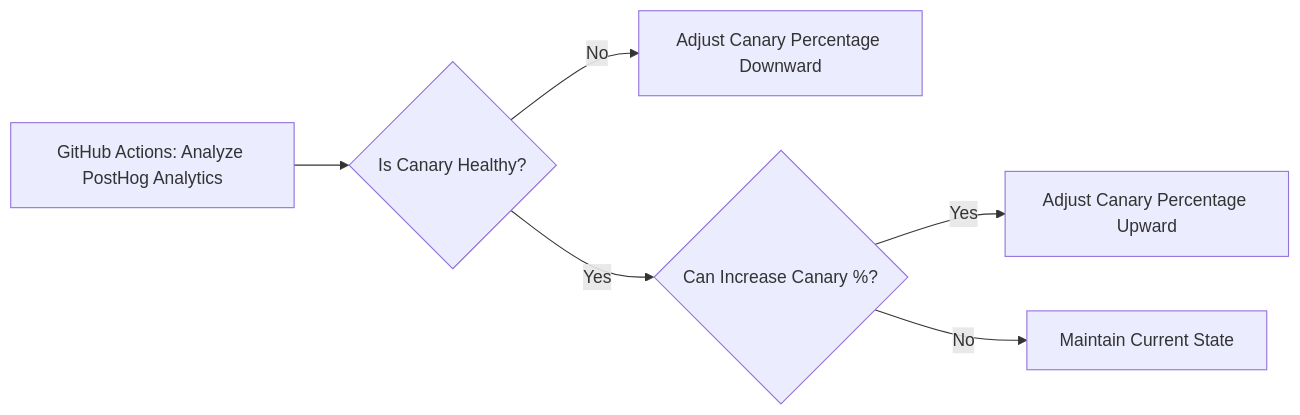
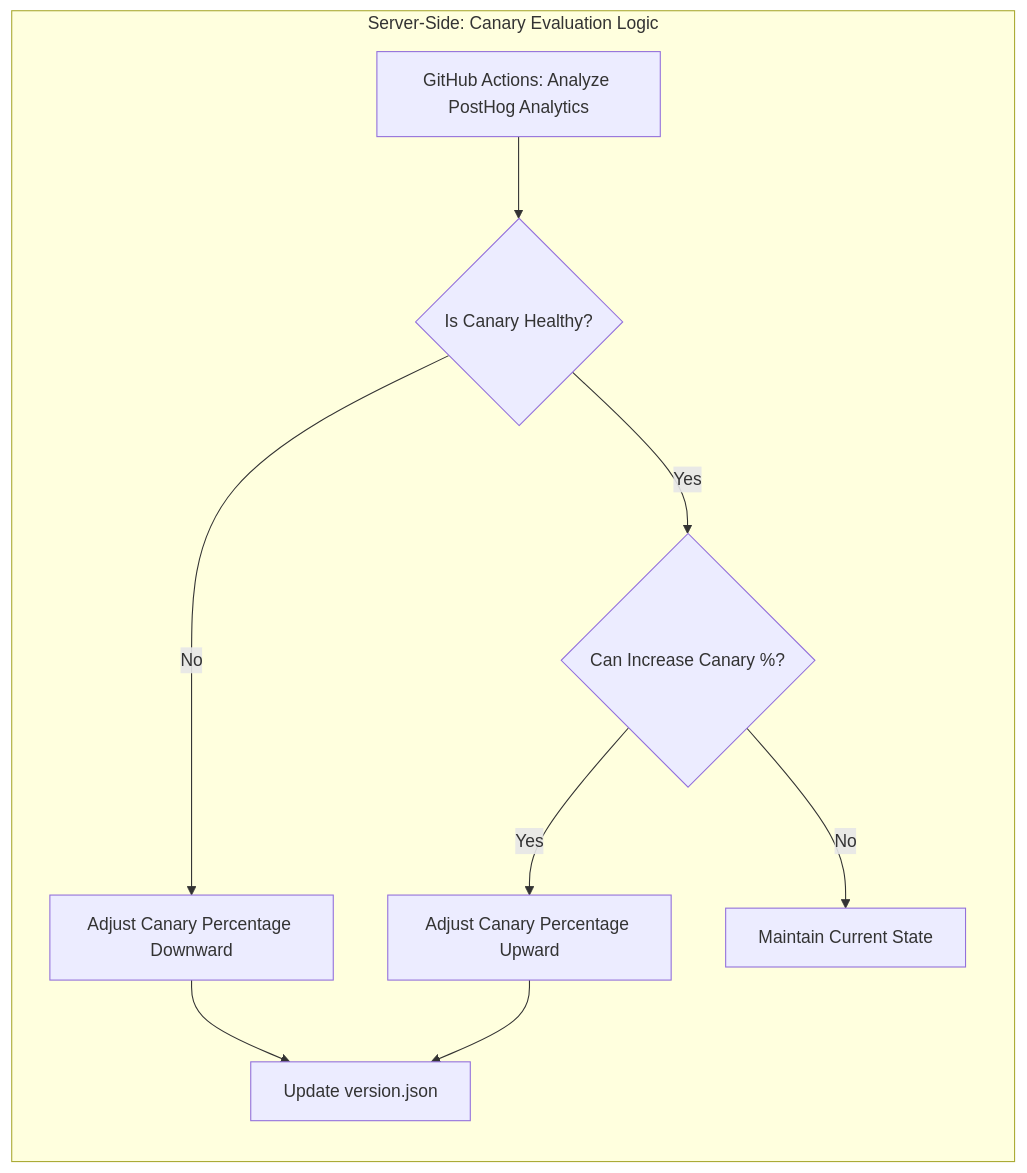
One commit to lloydchang/client-side-canary-deployment changed the second of 4 diagrams in README.md. Above: the diagram before and after it, drawn with Mermaid. The commit also changed other lines of this file, not shown here.

````diff
--- a/README.md
+++ b/README.md
@@ -32,9 +34,13 @@
 ```mermaid
 graph LR
-    L[GitHub Actions: Analyze PostHog Analytics]
-    L --> M{Is Canary Healthy?}
-    M -->|No| N[Adjust Canary Percentage Downward]
-    M -->|Yes| O{Can Increase Canary %?}
-    O -->|Yes| P[Adjust Canary Percentage Upward]
-    O -->|No| Q[Maintain Current State]
+    subgraph Server-Side: Canary Evaluation Logic
+        L[GitHub Actions: Analyze PostHog Analytics]
+        L --> M{Is Canary Healthy?}
+        M -->|No| N[Adjust Canary Percentage Downward]
+        M -->|Yes| O{Can Increase Canary %?}
+        O -->|Yes| P[Adjust Canary Percentage Upward]
+        O -->|No| Q[Maintain Current State]
+        N --> R[Update version.json]
+        P --> R
+    end
 ```
````
